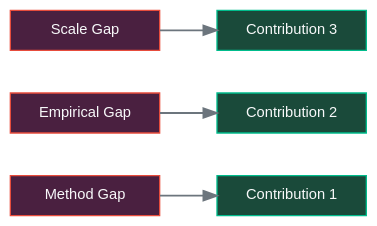
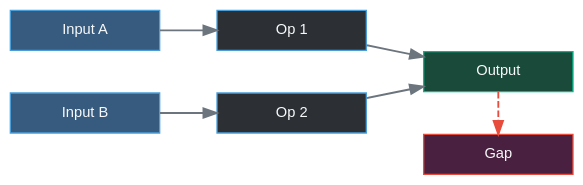
The third of 5 diagrams in docs/literature_review.qmd (HongyuCao3/Pytorch-lightining-Hydra-Optuna-MLflow-Slurm-Project-Tempate-for-Scientific-Research), drawn with Graphviz before and after one commit. The commit also changed other lines of this file and 1 other file, not shown here.

````diff
--- a/docs/literature_review.qmd
+++ b/docs/literature_review.qmd
@@ -111,30 +123,35 @@
 ```{dot}
-//| label: fig-gaps
-//| fig-cap: "Gap → contribution mapping"
-//| fig-width: 6.5
+//| label: fig-cluster-b
+//| fig-cap: "Cluster B: core mechanism"
+//| fig-width: 7
 //| fig-height: 2.8
 digraph G {
   bgcolor="transparent"
   rankdir=LR
   graph [ranksep=0.6, nodesep=0.45]
   node [style=filled, fillcolor="#2c3035", color="#4a9eda",
         fontcolor="#f8f9fa", fontname="Arial", fontsize=11,
         shape=box, width=1.55, height=0.42]
   edge [color="#6c757d", penwidth=1.4]
 
   subgraph col1 {
     rank=same
-    G1 [label="Method Gap", fillcolor="#4a2040", color="#e74c3c"]
-    G2 [label="Empirical Gap", fillcolor="#4a2040", color="#e74c3c"]
-    G3 [label="Scale Gap", fillcolor="#4a2040", color="#e74c3c"]
+    In1 [label="Input A",  fillcolor="#375a7f"]
+    In2 [label="Input B",  fillcolor="#375a7f"]
   }
   subgraph col2 {
     rank=same
-    C1 [label="Contribution 1", fillcolor="#1a4a3a", color="#00bc8c"]
-    C2 [label="Contribution 2", fillcolor="#1a4a3a", color="#00bc8c"]
-    C3 [label="Contribution 3", fillcolor="#1a4a3a", color="#00bc8c"]
+    Op1 [label="Op 1"]
+    Op2 [label="Op 2"]
+  }
+  subgraph col3 {
+    rank=same
+    Out [label="Output", fillcolor="#1a4a3a", color="#00bc8c"]
+    Gap [label="Gap",    fillcolor="#4a2040", color="#e74c3c"]
   }
 
-  G1 -> C1  G2 -> C2  G3 -> C3
+  In1 -> Op1  In2 -> Op2
+  Op1 -> Out  Op2 -> Out
+  Out -> Gap [style=dashed, color="#e74c3c"]
 }
 ```
````
